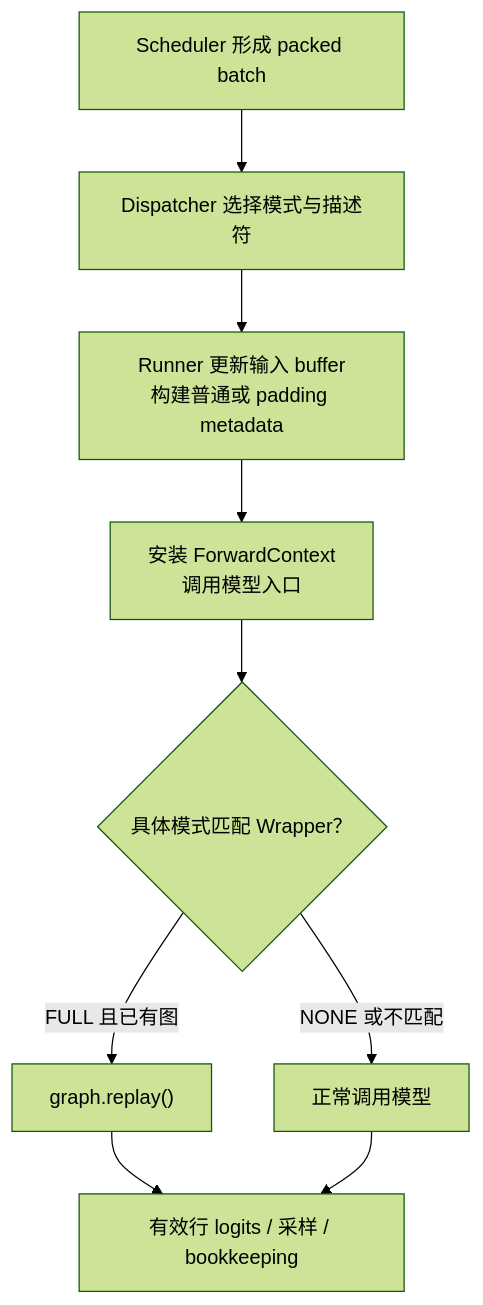
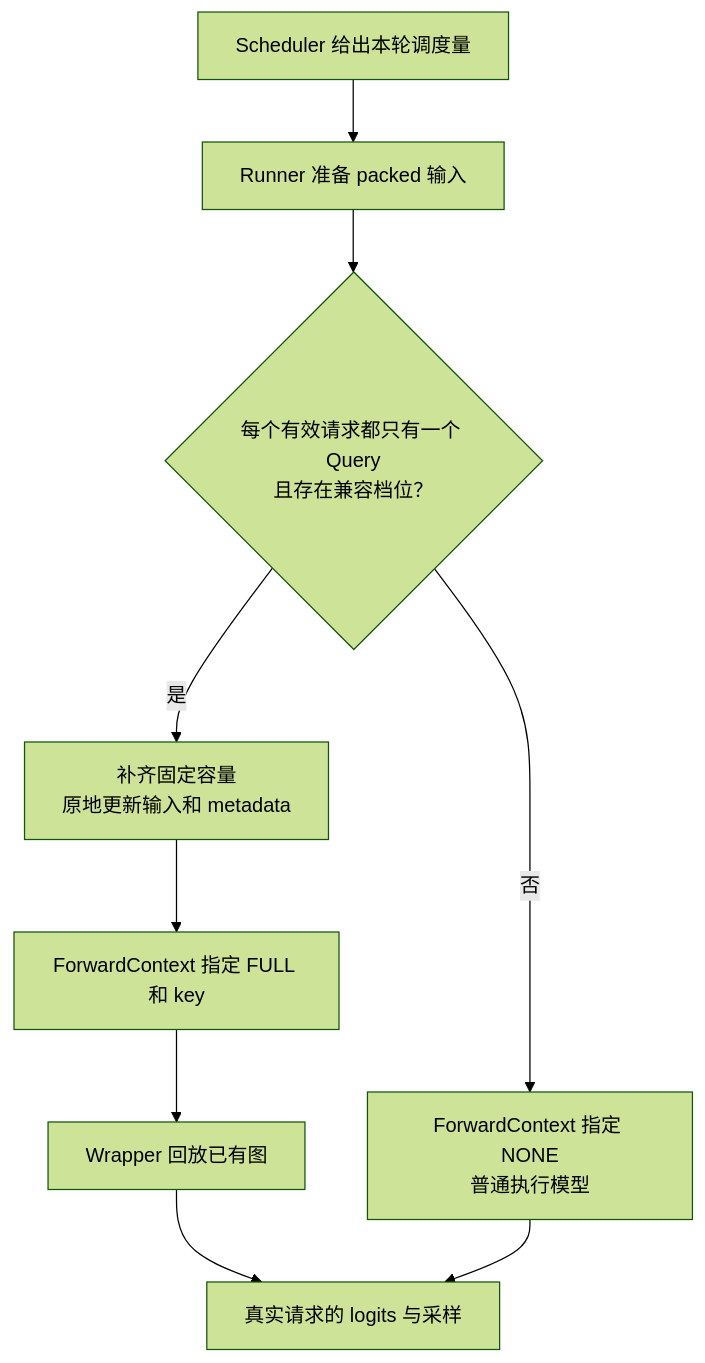
One commit to crashingby/my-nano-vllm changed the fourth of 4 diagrams in docs/cudagraph/overview.md. Above: the diagram before and after it, drawn with Mermaid (forest theme). The commit also changed other lines of this file and 40 other files, not shown here.

````diff
--- a/docs/cudagraph/overview.md
+++ b/docs/cudagraph/overview.md
@@ -254,11 +415,11 @@
 ```mermaid
 flowchart TD
-    S["Scheduler 形成 packed batch"] --> D["Dispatcher 选择模式与描述符"]
-    D --> P["Runner 更新输入 buffer<br>构建普通或 padding metadata"]
-    P --> F["安装 ForwardContext<br>调用模型入口"]
-    F --> M{"具体模式匹配 Wrapper？"}
-    M -->|"FULL 且已有图"| G["graph.replay()"]
-    M -->|"NONE 或不匹配"| E["正常调用模型"]
-    G --> O["有效行 logits / 采样 / bookkeeping"]
-    E --> O
+    A["Scheduler 给出本轮调度量"] --> B["Runner 准备 packed 输入"]
+    B --> C{"每个有效请求都只有一个 Query<br>且存在兼容档位？"}
+    C -->|是| D["补齐固定容量<br>原地更新输入和 metadata"]
+    D --> E["ForwardContext 指定 FULL 和 key"]
+    E --> F["Wrapper 回放已有图"]
+    C -->|否| G["ForwardContext 指定 NONE<br>普通执行模型"]
+    F --> H["真实请求的 logits 与采样"]
+    G --> H
 ```
````
